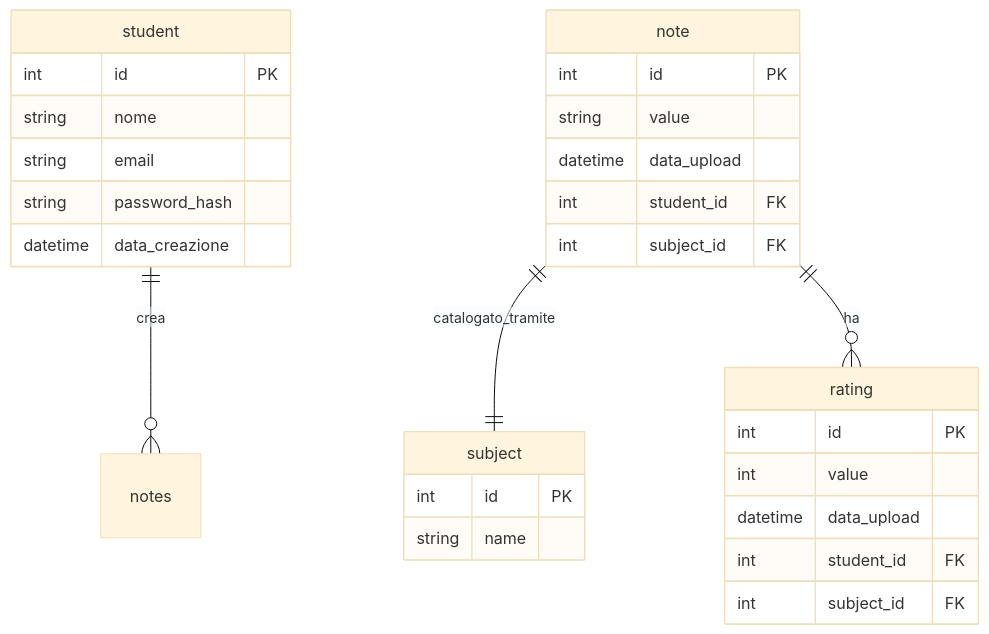
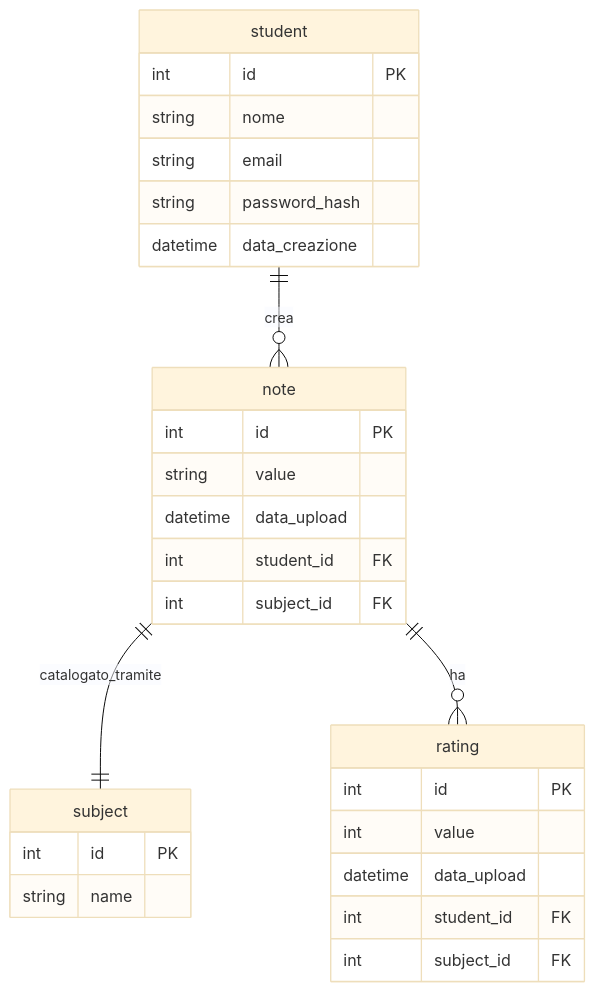
Before and after one commit to MarcoArlotti/project_appunti_scuola: the first of 2 diagrams in README.md, drawn with Mermaid (base theme). The commit also changed other lines of this file and 6 other files, not shown here.

````diff
--- a/README.md
+++ b/README.md
@@ -54,35 +54,35 @@
 ```mermaid
 erDiagram
       student {
         int id PK
         string nome
         string email
         string password_hash
         datetime data_creazione
       }
 
       note {
          int id PK
          string value
          datetime data_upload
          int student_id FK
          int subject_id FK
       }
 
       subject {
          int id PK
          string name
       }
 
       rating {
          int id PK
          int value
          datetime data_upload
          int student_id FK
          int subject_id FK
       }
       
-      student ||--o{ notes : crea
+      student ||--o{ note : crea
       note ||--|| subject : catalogato_tramite
       note ||--o{ rating : ha
 ```
````
